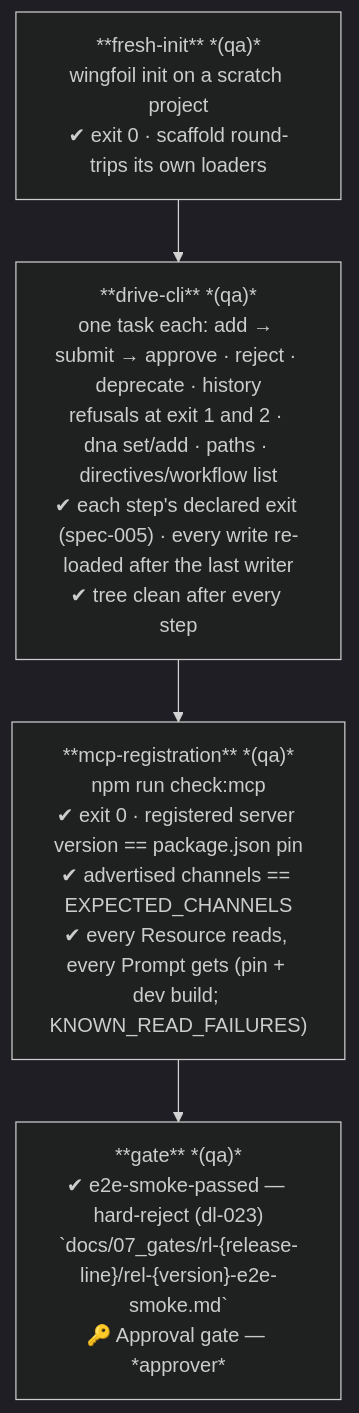
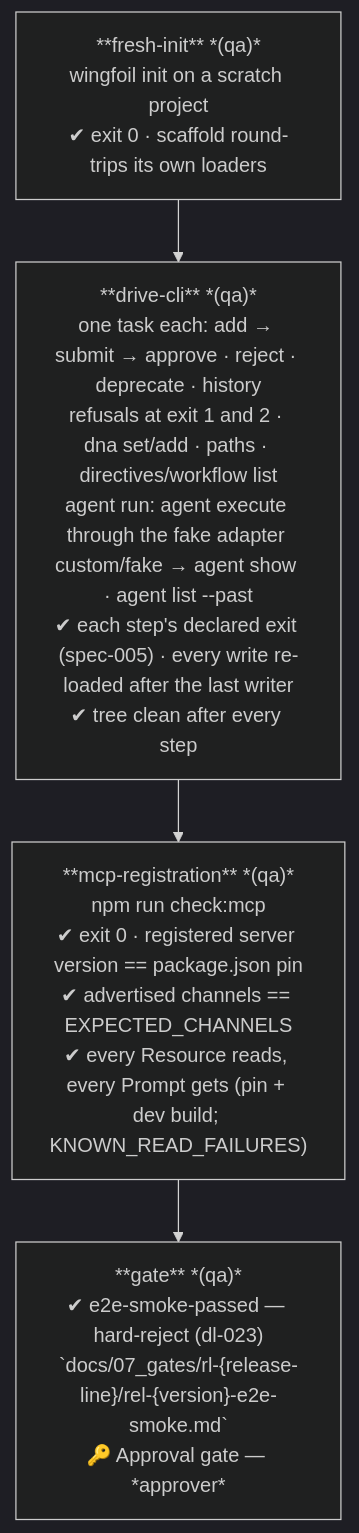
One commit to wingfoil/wingfoil changed diagram 14 of 29 in .wingfoil/WORKFLOW.md. Above: the diagram before and after it, drawn with Mermaid (dark theme). The commit also changed other lines of this file and 2 other files, not shown here.

First line of the commit message:
feat(e2e-smoke): task-243 — the smoke drives agent execute through the fake adapter

````diff
--- a/.wingfoil/WORKFLOW.md
+++ b/.wingfoil/WORKFLOW.md
@@ -374,9 +376,9 @@
 ```mermaid
 flowchart TD
     FI["**fresh-init** *(qa)*\nwingfoil init on a scratch project\n✔ exit 0 · scaffold round-trips its own loaders"]
-    DC["**drive-cli** *(qa)*\none task each: add → submit → approve · reject · deprecate · history\nrefusals at exit 1 and 2 · dna set/add · paths · directives/workflow list\n✔ each step's declared exit (spec-005) · every write re-loaded after the last writer\n✔ tree clean after every step"]
+    DC["**drive-cli** *(qa)*\none task each: add → submit → approve · reject · deprecate · history\nrefusals at exit 1 and 2 · dna set/add · paths · directives/workflow list\nagent run: agent execute through the fake adapter custom/fake → agent show · agent list --past\n✔ each step's declared exit (spec-005) · every write re-loaded after the last writer\n✔ tree clean after every step"]
     MR["**mcp-registration** *(qa)*\nnpm run check:mcp\n✔ exit 0 · registered server version == package.json pin\n✔ advertised channels == EXPECTED_CHANNELS\n✔ every Resource reads, every Prompt gets (pin + dev build; KNOWN_READ_FAILURES)"]
     GA["**gate** *(qa)*\n✔ e2e-smoke-passed — hard-reject (dl-023)\n`docs/07_gates/rl-{release-line}/rel-{version}-e2e-smoke.md`\n🔑 Approval gate — *approver*"]
 
     FI --> DC --> MR --> GA
 ```
````
